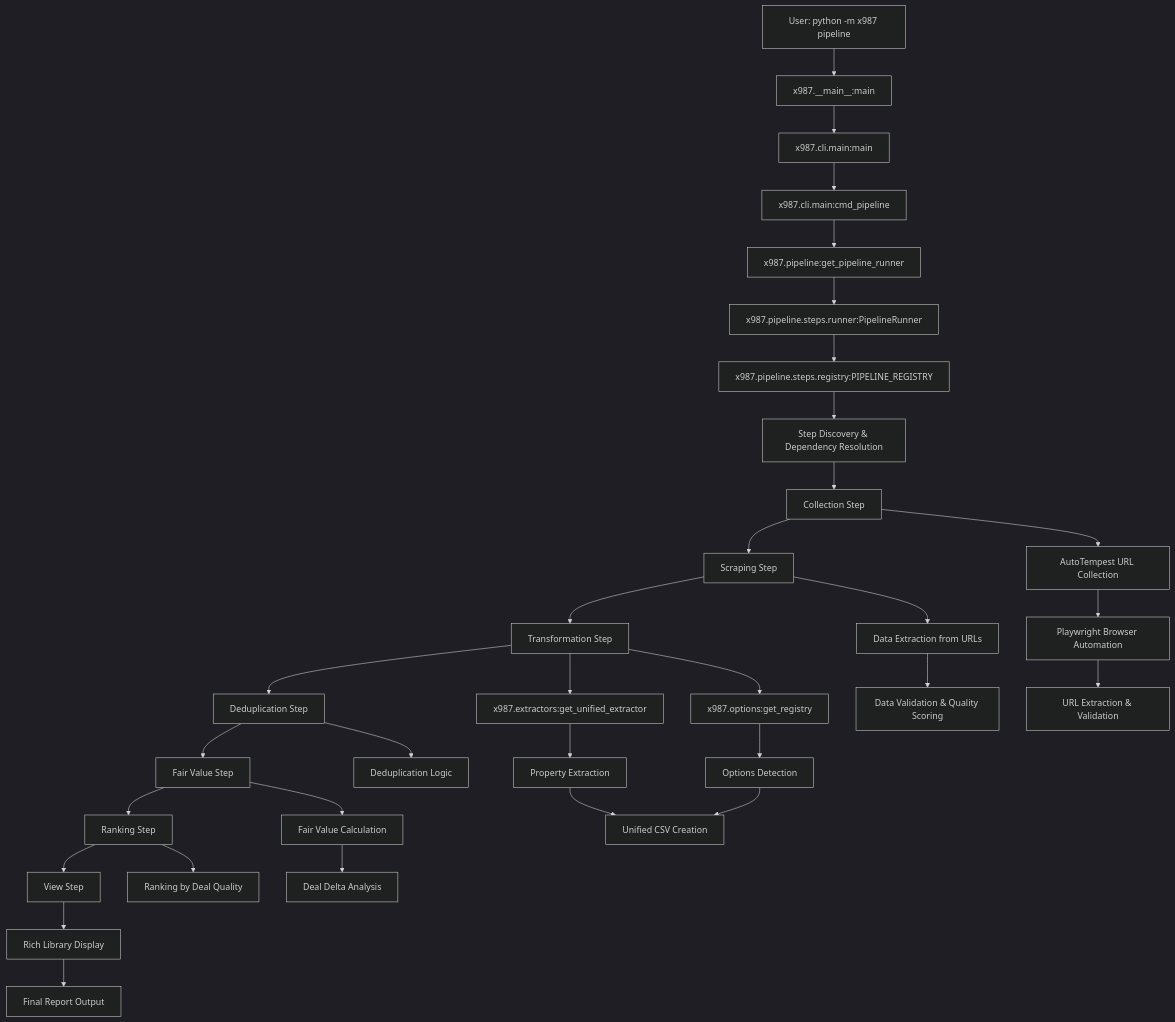
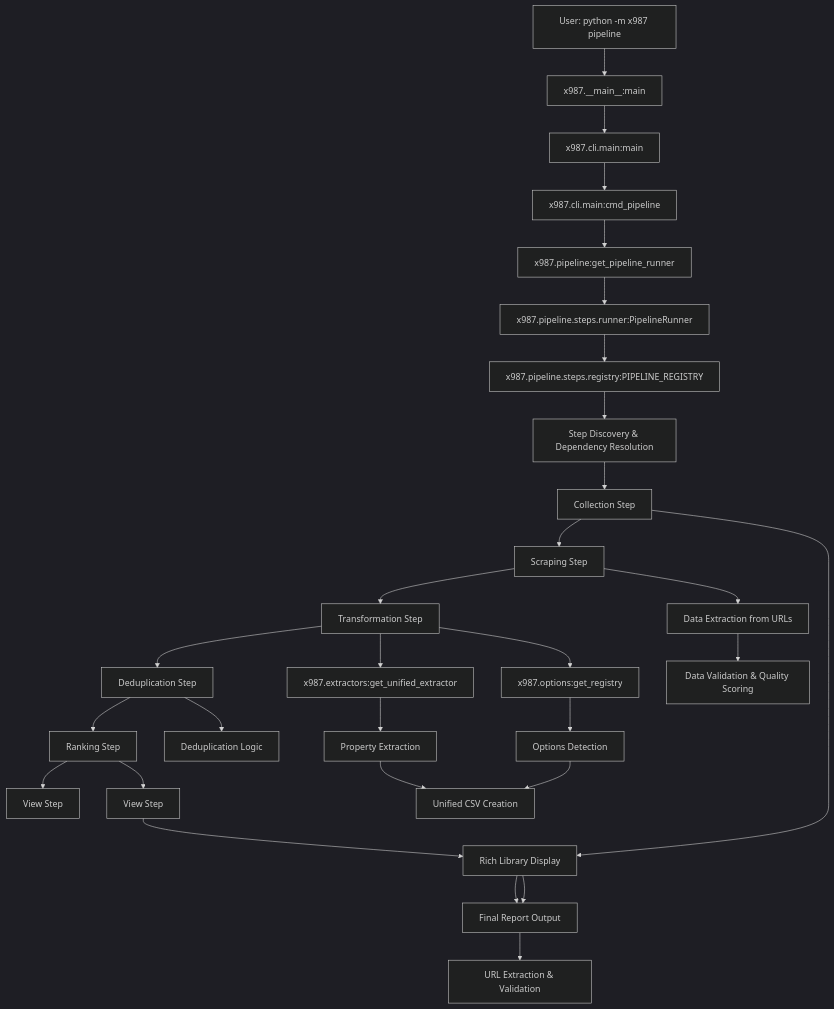
The diagram in x987-app/docs/callgraphs/main-pipeline-flow.md (wkriigel/project987), drawn with Mermaid (dark theme) before and after one commit. The commit also changed other lines of this file and 2447 other files, not shown here.

Commit message:
MSRP-only pipeline: remove fair value, enforce SQLite, publish by default; docs cleanup + stale CSV purge

````diff
--- a/x987-app/docs/callgraphs/main-pipeline-flow.md
+++ b/x987-app/docs/callgraphs/main-pipeline-flow.md
@@ -8,43 +8,39 @@
 ```mermaid
 graph TD
     A[User: python -m x987 pipeline] --> B[x987.__main__:main]
     B --> C[x987.cli.main:main]
     C --> D[x987.cli.main:cmd_pipeline]
     D --> E[x987.pipeline:get_pipeline_runner]
     E --> F[x987.pipeline.steps.runner:PipelineRunner]
     
     F --> G[x987.pipeline.steps.registry:PIPELINE_REGISTRY]
     G --> H[Step Discovery & Dependency Resolution]
     
     H --> I[Collection Step]
     I --> J[Scraping Step]
     J --> K[Transformation Step]
     K --> L[Deduplication Step]
-    L --> M[Fair Value Step]
-    M --> N[Ranking Step]
-    N --> O[View Step]
+    L --> M[Ranking Step]
+    M --> N[View Step]
     
     I --> P[AutoTempest URL Collection]
     P --> Q[Playwright Browser Automation]
     Q --> R[URL Extraction & Validation]
     
     J --> S[Data Extraction from URLs]
     S --> T[Data Validation & Quality Scoring]
     
     K --> U[x987.extractors:get_unified_extractor]
     K --> V[x987.options:get_registry]
     U --> W[Property Extraction]
     V --> X[Options Detection]
     W --> Y[Unified CSV Creation]
     X --> Y
     
     L --> Z[Deduplication Logic]
     
-    M --> AA[Fair Value Calculation]
-    AA --> BB[Deal Delta Analysis]
+    M --> O[View Step]
     
-    N --> CC[Ranking by Deal Quality]
-    
-    O --> DD[Rich Library Display]
-    DD --> EE[Final Report Output]
+    O --> P[Rich Library Display]
+    P --> Q[Final Report Output]
 ```
````
